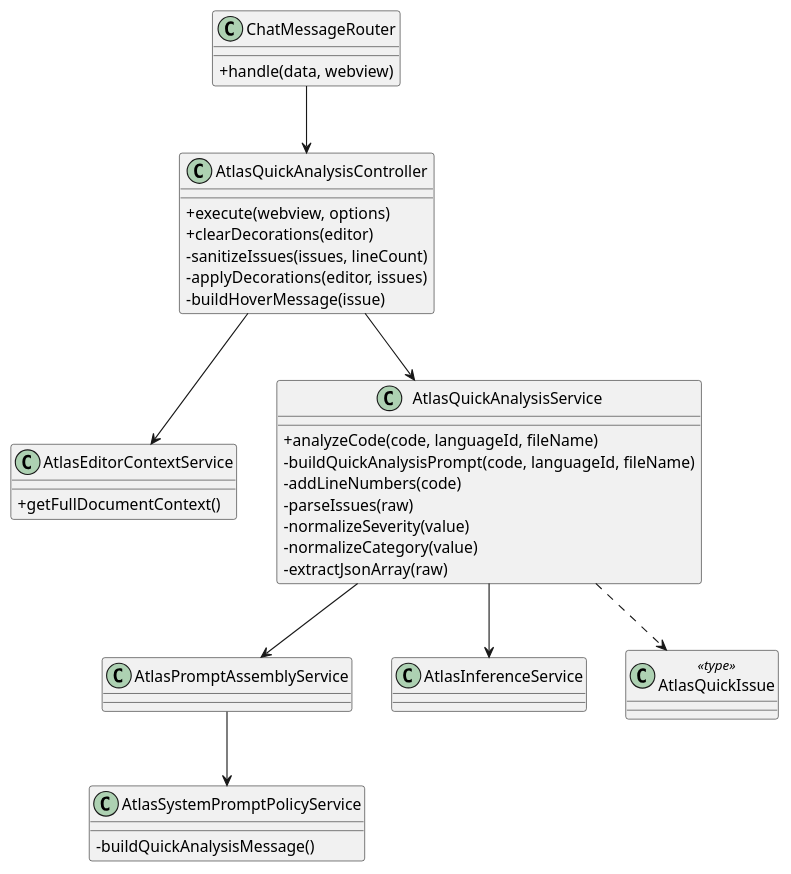
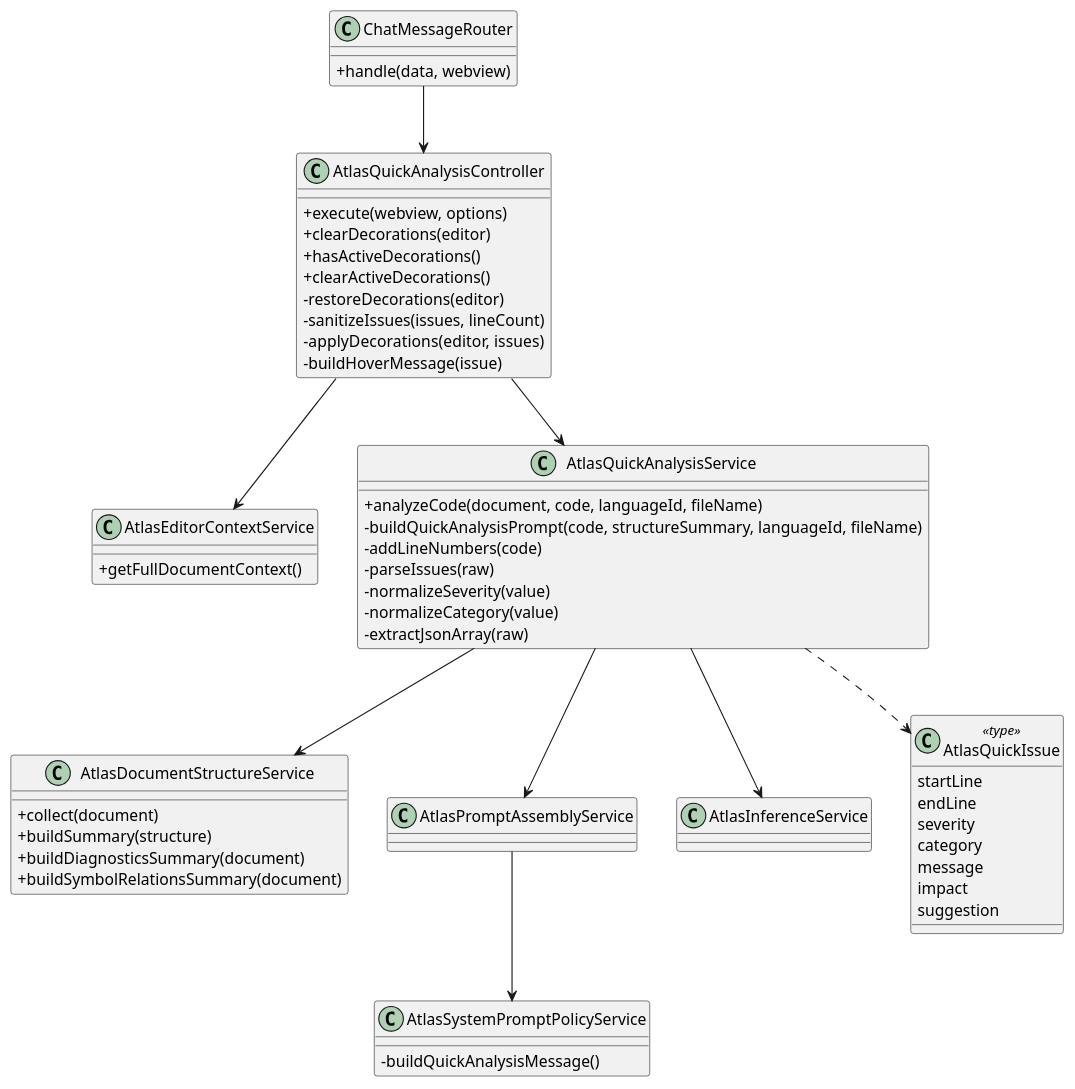
The third of 40 diagrams in docs/plantuml-diagramas-por-caso-de-uso-atlas.md (JVictorVI/ATLAS), drawn with PlantUML before and after one commit. The commit also changed other lines of this file and 2 other files, not shown here.

````diff
--- a/docs/plantuml-diagramas-por-caso-de-uso-atlas.md
+++ b/docs/plantuml-diagramas-por-caso-de-uso-atlas.md
@@ -106,43 +124,61 @@
 ```plantuml
 @startuml
 skinparam shadowing false
 skinparam classAttributeIconSize 0
 
 class ChatMessageRouter {
   +handle(data, webview)
 }
 class AtlasQuickAnalysisController {
   +execute(webview, options)
   +clearDecorations(editor)
+  +hasActiveDecorations()
+  +clearActiveDecorations()
+  -restoreDecorations(editor)
   -sanitizeIssues(issues, lineCount)
   -applyDecorations(editor, issues)
   -buildHoverMessage(issue)
 }
 class AtlasEditorContextService {
   +getFullDocumentContext()
 }
 class AtlasQuickAnalysisService {
-  +analyzeCode(code, languageId, fileName)
-  -buildQuickAnalysisPrompt(code, languageId, fileName)
+  +analyzeCode(document, code, languageId, fileName)
+  -buildQuickAnalysisPrompt(code, structureSummary, languageId, fileName)
   -addLineNumbers(code)
   -parseIssues(raw)
   -normalizeSeverity(value)
   -normalizeCategory(value)
   -extractJsonArray(raw)
 }
+class AtlasDocumentStructureService {
+  +collect(document)
+  +buildSummary(structure)
+  +buildDiagnosticsSummary(document)
+  +buildSymbolRelationsSummary(document)
+}
 class AtlasPromptAssemblyService
 class AtlasSystemPromptPolicyService {
   -buildQuickAnalysisMessage()
 }
 class AtlasInferenceService
-class AtlasQuickIssue <<type>>
+class AtlasQuickIssue <<type>> {
+  startLine
+  endLine
+  severity
+  category
+  message
+  impact
+  suggestion
+}
 
 ChatMessageRouter --> AtlasQuickAnalysisController
 AtlasQuickAnalysisController --> AtlasEditorContextService
 AtlasQuickAnalysisController --> AtlasQuickAnalysisService
 AtlasQuickAnalysisService --> AtlasPromptAssemblyService
+AtlasQuickAnalysisService --> AtlasDocumentStructureService
 AtlasPromptAssemblyService --> AtlasSystemPromptPolicyService
 AtlasQuickAnalysisService --> AtlasInferenceService
 AtlasQuickAnalysisService ..> AtlasQuickIssue
 @enduml
 ```
````
